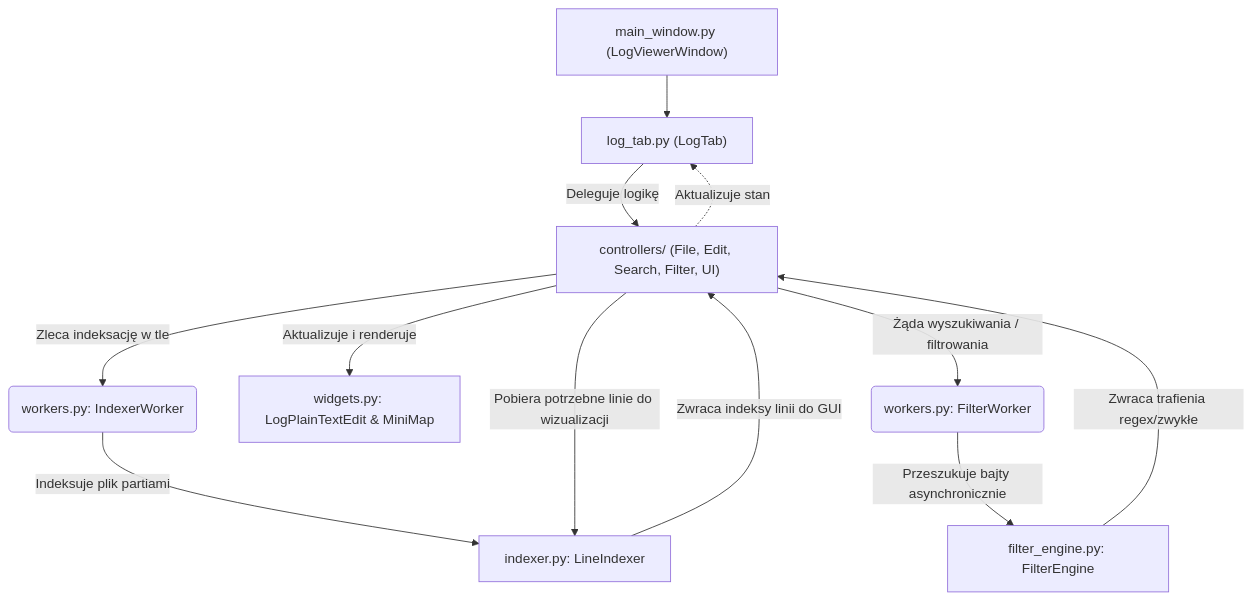
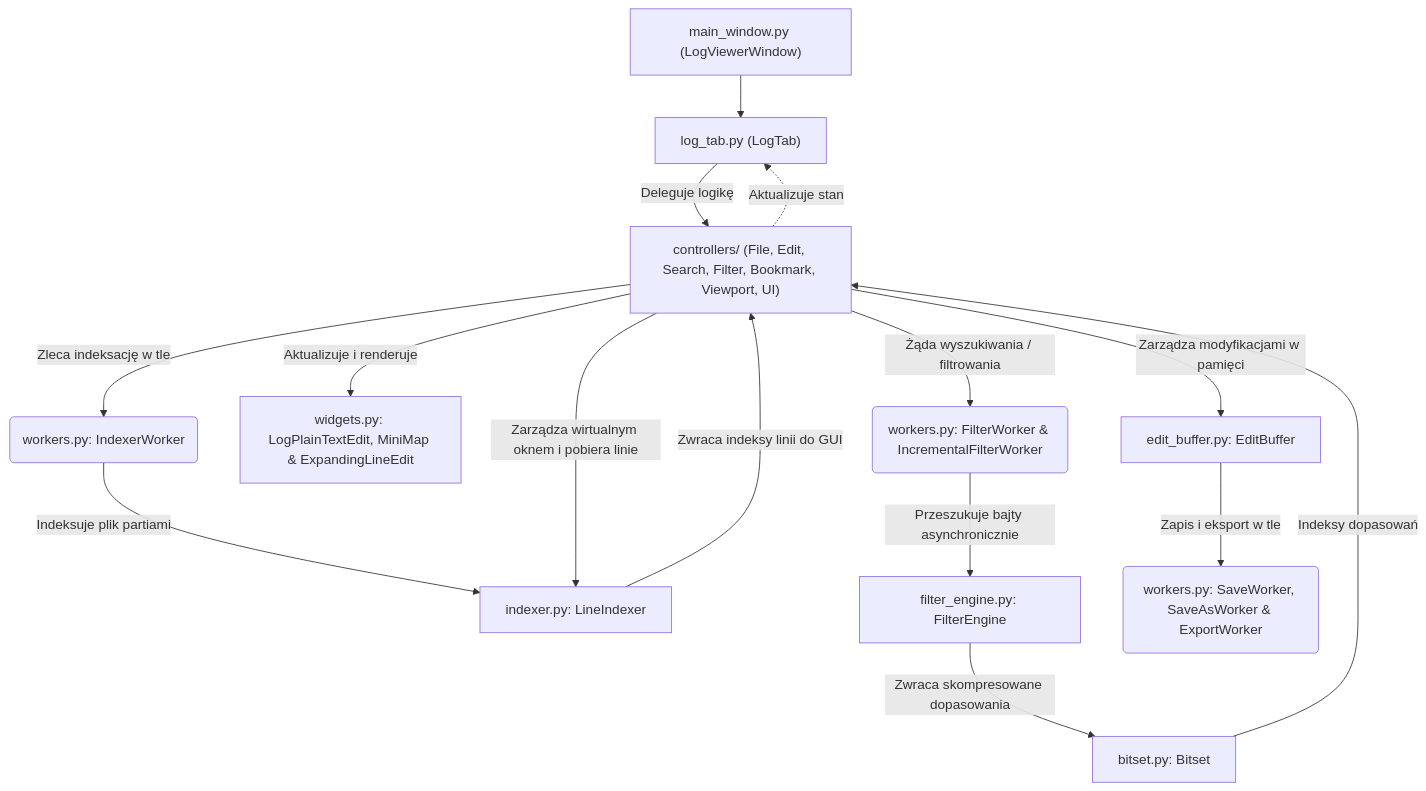
Before and after one commit to asmodeus94/log-viewer: the diagram in ARCHITECTURE.md, drawn with Mermaid. The commit also changed other lines of this file and 3 other files, not shown here.

````diff
--- a/ARCHITECTURE.md
+++ b/ARCHITECTURE.md
@@ -9,15 +9,17 @@
 ```mermaid
 flowchart TD
     A["main_window.py (LogViewerWindow)"] --> B["log_tab.py (LogTab)"]
-    B -->|"Deleguje logikę"| Z["controllers/ (File, Edit, Search, Filter, UI)"]
+    B -->|"Deleguje logikę"| Z["controllers/ (File, Edit, Search, Filter, Bookmark, Viewport, UI)"]
     Z -->|"Zleca indeksację w tle"| C("workers.py: IndexerWorker")
     C -->|"Indeksuje plik partiami"| D["indexer.py: LineIndexer"]
     D -->|"Zwraca indeksy linii do GUI"| Z
-    Z -->|"Pobiera potrzebne linie do wizualizacji"| D
-    Z -->|"Aktualizuje i renderuje"| E["widgets.py: LogPlainTextEdit & MiniMap"]
-    Z -->|"Żąda wyszukiwania / filtrowania"| F("workers.py: FilterWorker")
+    Z -->|"Zarządza wirtualnym oknem i pobiera linie"| D
+    Z -->|"Aktualizuje i renderuje"| E["widgets.py: LogPlainTextEdit, MiniMap & ExpandingLineEdit"]
+    Z -->|"Żąda wyszukiwania / filtrowania"| F("workers.py: FilterWorker & IncrementalFilterWorker")
     F -->|"Przeszukuje bajty asynchronicznie"| G["filter_engine.py: FilterEngine"]
-    G -->|"Zwraca trafienia regex/zwykłe"| Z
+    G -->|"Zwraca skompresowane dopasowania"| H["bitset.py: Bitset"]
+    H -->|"Indeksy dopasowań"| Z
+    Z -->|"Zarządza modyfikacjami w pamięci"| EB["edit_buffer.py: EditBuffer"]
+    EB -->|"Zapis i eksport w tle"| W2("workers.py: SaveWorker, SaveAsWorker & ExportWorker")
     Z -.->|"Aktualizuje stan"| B
-
 ```
````
